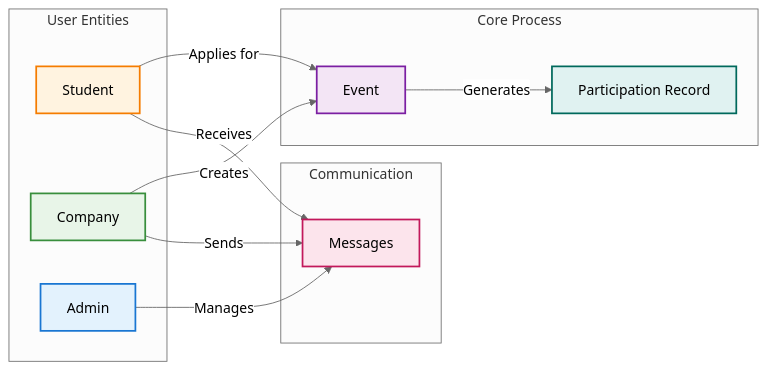
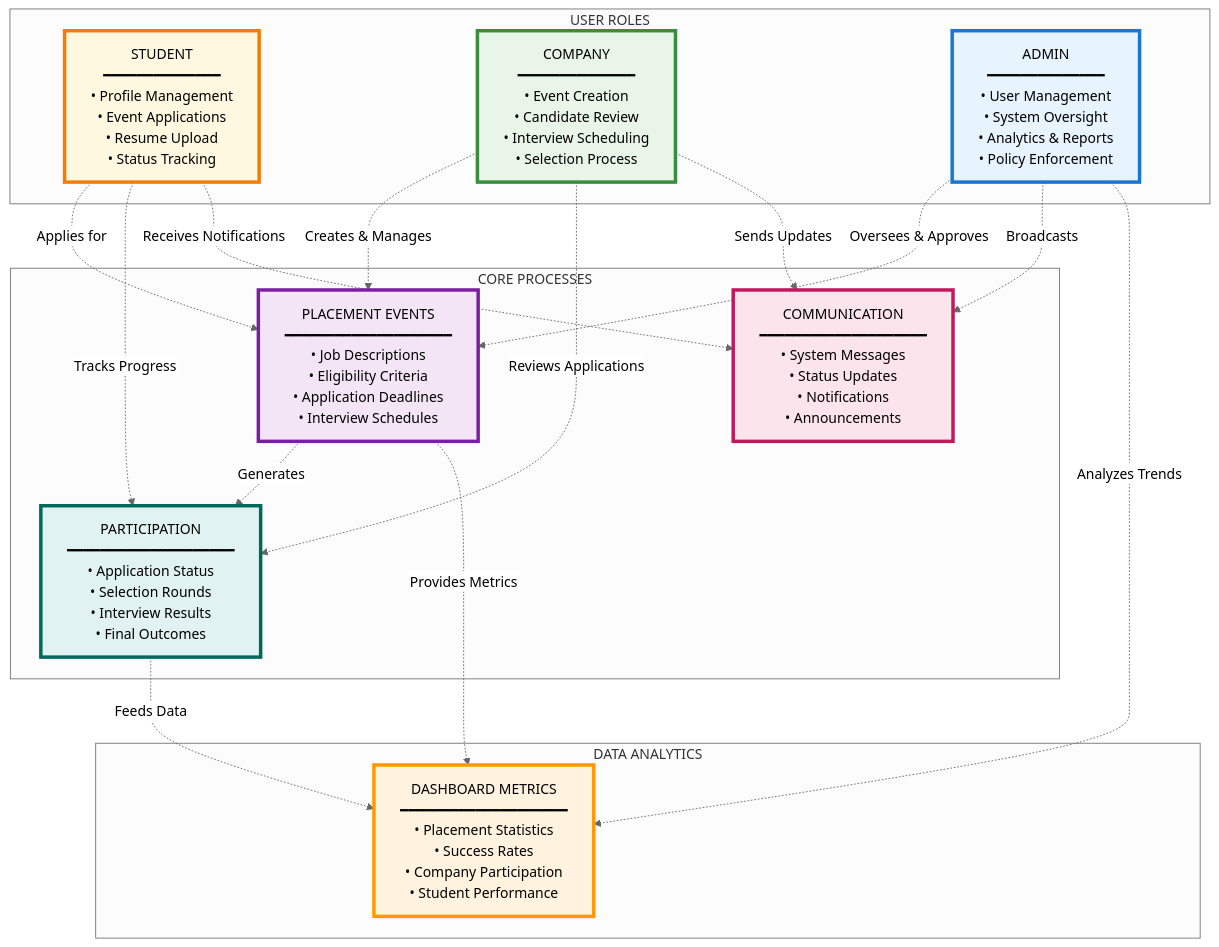
One commit to AbhishekGiri04/GEHU-Placement_Portal changed the second of 2 diagrams in README.md. Above: the diagram before and after it, drawn with Mermaid (neutral theme). The commit also changed other lines of this file, not shown here.

Commit message:
Enhance ER and Data Flow diagrams with professional styling

````diff
--- a/README.md
+++ b/README.md
@@ -188,27 +194,50 @@
 ```mermaid
-graph LR
-    subgraph "User Entities"
-        S[Student]
-        C[Company]
-        A[Admin]
+graph TB
+    %% ============================================
+    %% ENHANCED DATA FLOW DIAGRAM
+    %% ============================================
+
+    subgraph "USER ROLES"
+        S["STUDENT<br/>━━━━━━━━━━━━━━<br/>• Profile Management<br/>• Event Applications<br/>• Resume Upload<br/>• Status Tracking"]
+        C["COMPANY<br/>━━━━━━━━━━━━━━<br/>• Event Creation<br/>• Candidate Review<br/>• Interview Scheduling<br/>• Selection Process"]
+        A["ADMIN<br/>━━━━━━━━━━━━━━<br/>• User Management<br/>• System Oversight<br/>• Analytics & Reports<br/>• Policy Enforcement"]
     end
     
-    subgraph "Core Process"
-        S -->|Applies for| E[Event]
-        C -->|Creates| E
-        E -->|Generates| P[Participation Record]
+    subgraph "CORE PROCESSES"
+        E["PLACEMENT EVENTS<br/>━━━━━━━━━━━━━━━━━━━━<br/>• Job Descriptions<br/>• Eligibility Criteria<br/>• Application Deadlines<br/>• Interview Schedules"]
+        P["PARTICIPATION<br/>━━━━━━━━━━━━━━━━━━━━<br/>• Application Status<br/>• Selection Rounds<br/>• Interview Results<br/>• Final Outcomes"]
+        M["COMMUNICATION<br/>━━━━━━━━━━━━━━━━━━━━<br/>• System Messages<br/>• Status Updates<br/>• Notifications<br/>• Announcements"]
     end
     
-    subgraph "Communication"
-        A -->|Manages| M[Messages]
-        C -->|Sends| M
-        S -->|Receives| M
+    subgraph "DATA ANALYTICS"
+        D["DASHBOARD METRICS<br/>━━━━━━━━━━━━━━━━━━━━<br/>• Placement Statistics<br/>• Success Rates<br/>• Company Participation<br/>• Student Performance"]
     end
+
+    %% ========== ENHANCED CONNECTIONS ==========
     
-    style S fill:#FFF3E0,color:#000,stroke:#F57C00,stroke-width:2px
-    style C fill:#E8F5E8,color:#000,stroke:#388E3C,stroke-width:2px
-    style A fill:#E3F2FD,color:#000,stroke:#1976D2,stroke-width:2px
-    style E fill:#F3E5F5,color:#000,stroke:#7B1FA2,stroke-width:2px
-    style P fill:#E0F2F1,color:#000,stroke:#00695C,stroke-width:2px
-    style M fill:#FCE4EC,color:#000,stroke:#C2185B,stroke-width:2px
+    S -.->|Applies for| E
+    C -.->|Creates & Manages| E
+    A -.->|Oversees & Approves| E
+    
+    E -.->|Generates| P
+    S -.->|Tracks Progress| P
+    C -.->|Reviews Applications| P
+    
+    A -.->|Broadcasts| M
+    C -.->|Sends Updates| M
+    S -.->|Receives Notifications| M
+    
+    P -.->|Feeds Data| D
+    E -.->|Provides Metrics| D
+    A -.->|Analyzes Trends| D
+
+    %% ========== ENHANCED STYLING ==========
+    
+    style S fill:#FFF8E1,stroke:#F57C00,stroke-width:4px,color:#000
+    style C fill:#E8F5E8,stroke:#388E3C,stroke-width:4px,color:#000
+    style A fill:#E8F4FD,stroke:#1976D2,stroke-width:4px,color:#000
+    style E fill:#F3E5F5,stroke:#7B1FA2,stroke-width:4px,color:#000
+    style P fill:#E0F2F1,stroke:#00695C,stroke-width:4px,color:#000
+    style M fill:#FCE4EC,stroke:#C2185B,stroke-width:4px,color:#000
+    style D fill:#FFF3E0,stroke:#FF9800,stroke-width:4px,color:#000
 ```
````
